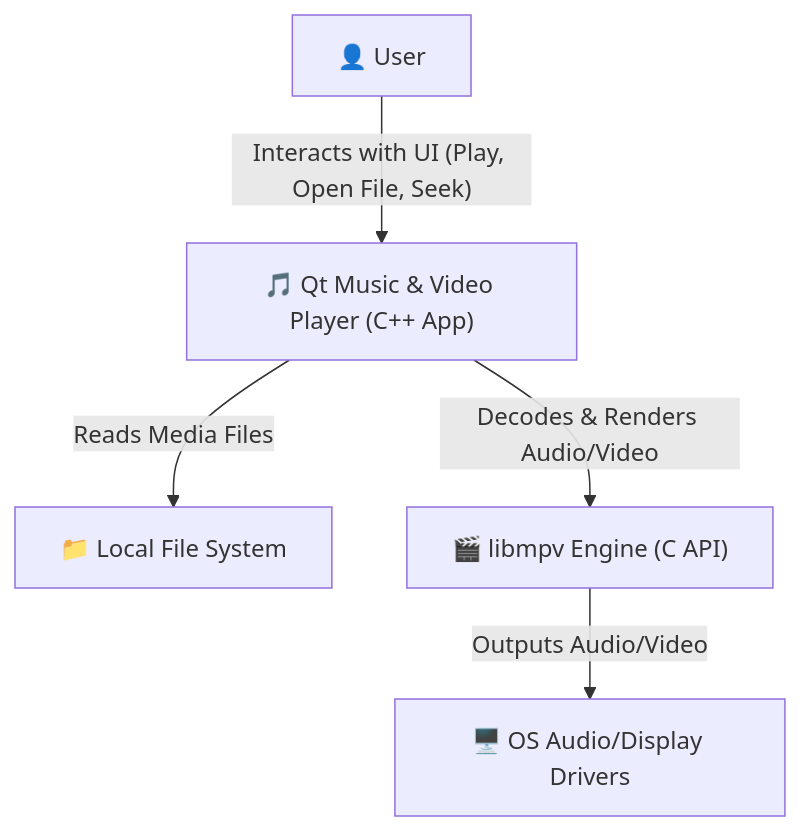
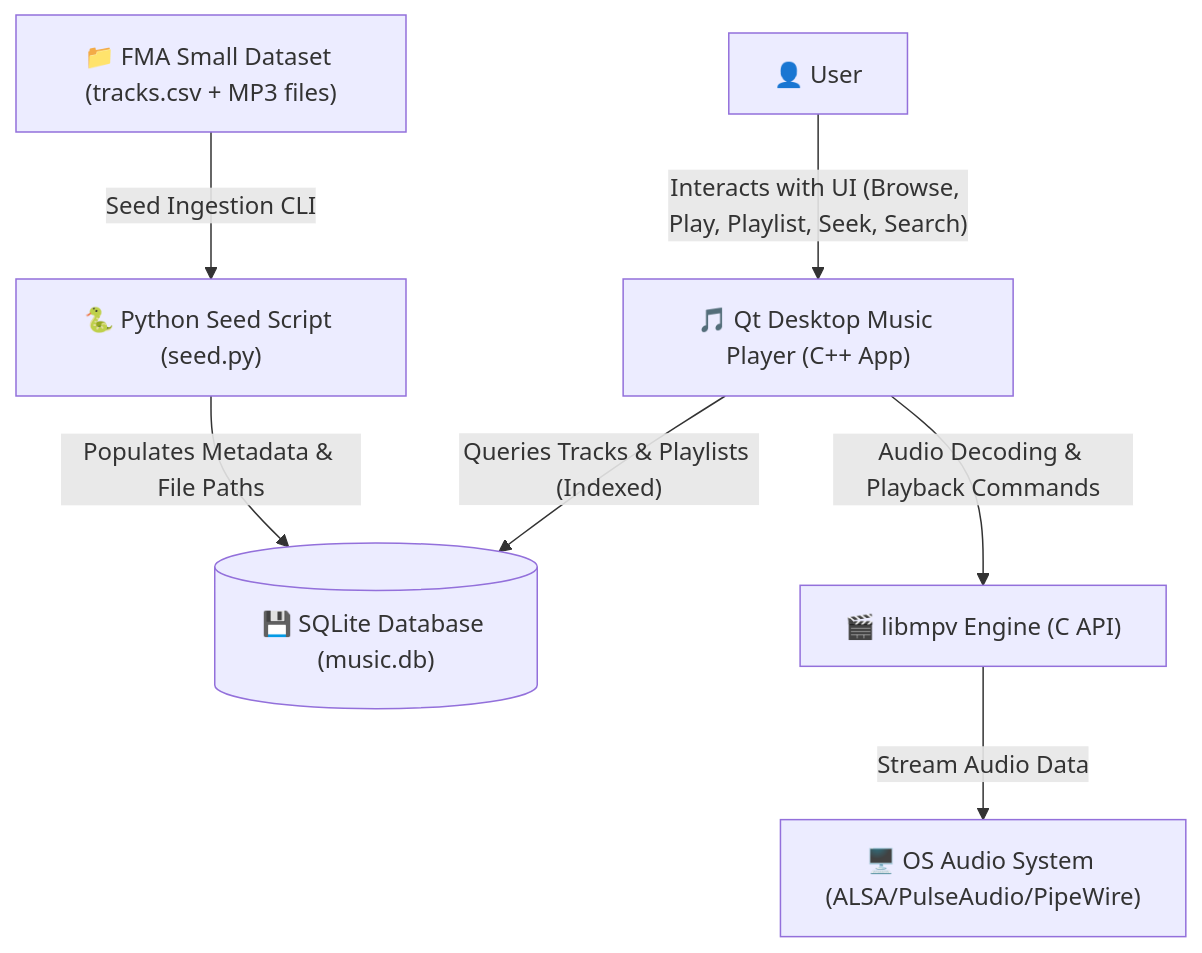
One commit to ziq3/music-player changed the first of 6 diagrams in docs/DESIGN.md. Above: the diagram before and after it, drawn with Mermaid. The commit also changed other lines of this file and 2 other files, not shown here.

Commit message:
docs: change architecture diagrams, AGENTS.md, and SKILLS.md

````diff
--- a/docs/DESIGN.md
+++ b/docs/DESIGN.md
@@ -11,7 +11,11 @@
 ```mermaid
 graph TD
-    User["👤 User"] -->|"Interacts with UI (Play, Open File, Seek)"| PlayerApp["🎵 Qt Music & Video Player (C++ App)"]
-    PlayerApp -->|"Reads Media Files"| FileSystem["📁 Local File System"]
-    PlayerApp -->|"Decodes & Renders Audio/Video"| LibMPV["🎬 libmpv Engine (C API)"]
-    LibMPV -->|"Outputs Audio/Video"| OS["🖥️ OS Audio/Display Drivers"]
+    FMADataset["📁 FMA Small Dataset (tracks.csv + MP3 files)"] -->|"Seed Ingestion CLI"| SeedScript["🐍 Python Seed Script (seed.py)"]
+    SeedScript -->|"Populates Metadata & File Paths"| SQLiteDB[("💾 SQLite Database (music.db)")]
+    
+    User["👤 User"] -->|"Interacts with UI (Browse, Play, Playlist, Seek, Search)"| QtApp["🎵 Qt Desktop Music Player (C++ App)"]
+    
+    QtApp -->|"Queries Tracks & Playlists (Indexed)"| SQLiteDB
+    QtApp -->|"Audio Decoding & Playback Commands"| LibMPV["🎬 libmpv Engine (C API)"]
+    LibMPV -->|"Stream Audio Data"| OS["🖥️ OS Audio System (ALSA/PulseAudio/PipeWire)"]
 ```
````
